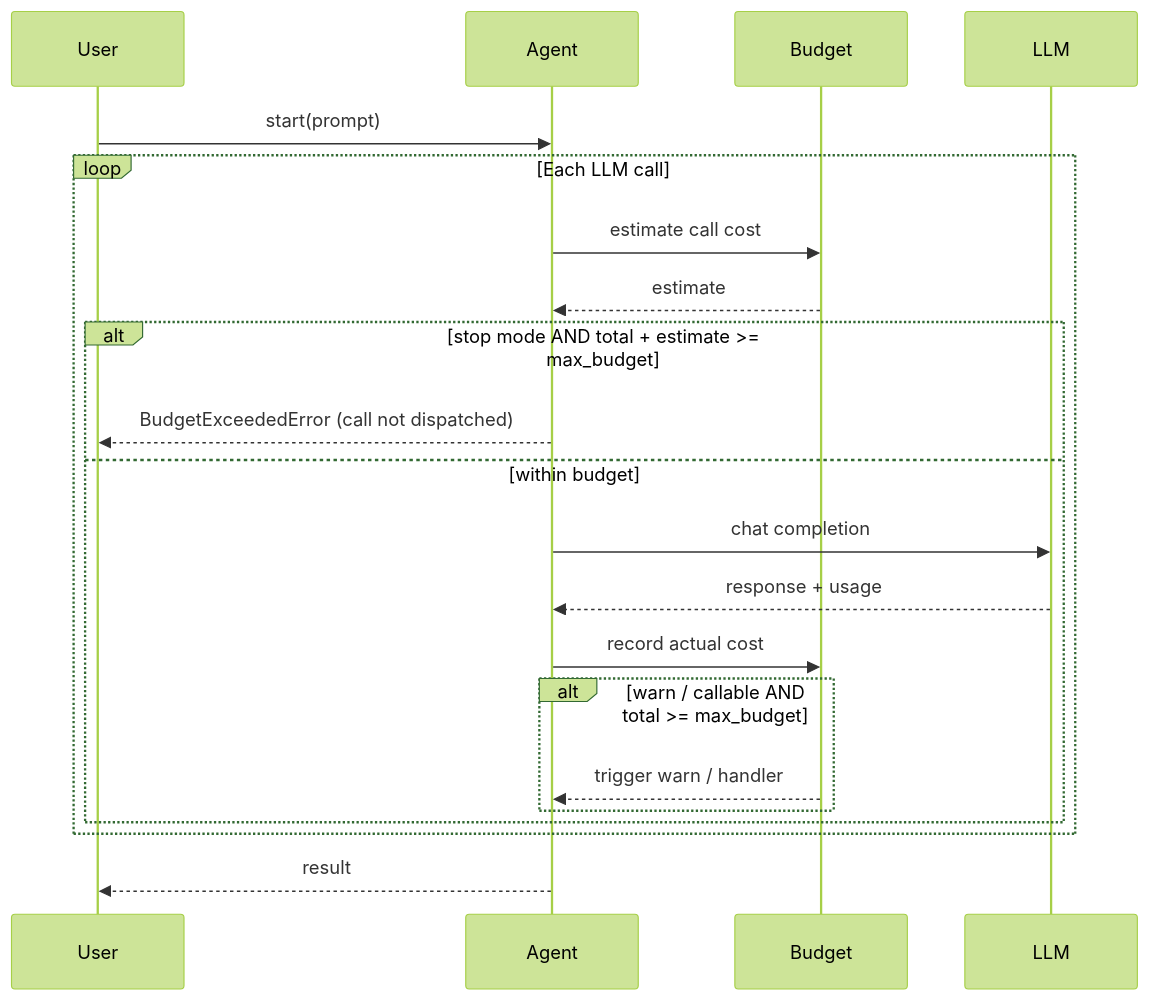
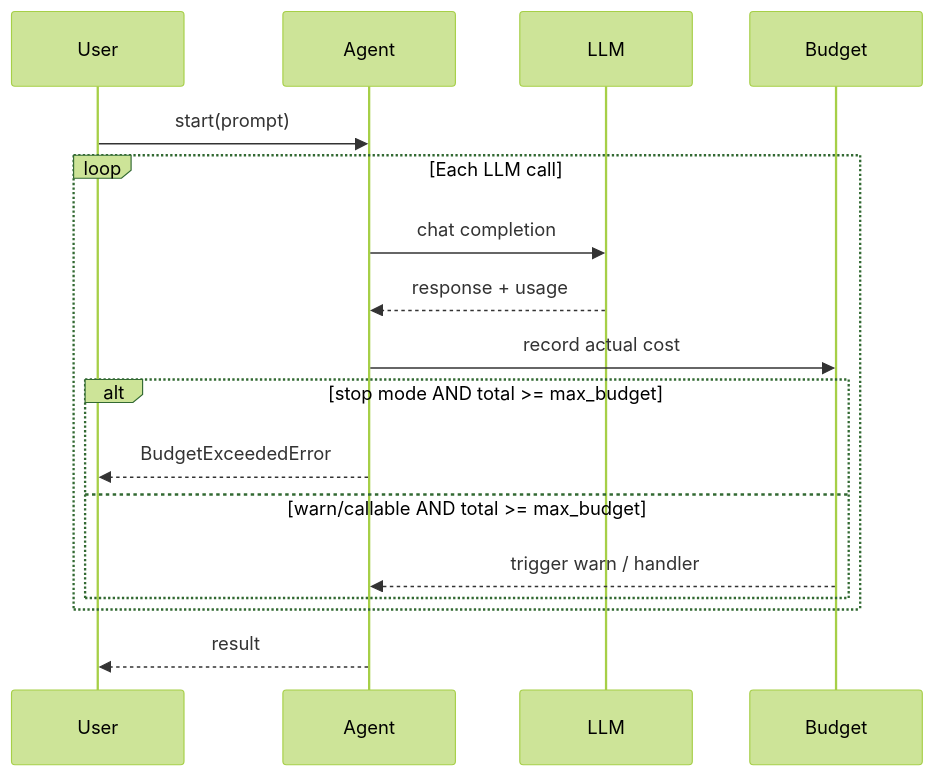
The second of 2 diagrams in docs/features/agent-max-budget.mdx (MervinPraison/PraisonAIDocs), drawn with Mermaid (forest theme) before and after one commit. The commit also changed other lines of this file and 3 other files, not shown here.

First line of the commit message:
docs: fix budget enforcement docs to reflect post-call SDK behavior (fixes #928)

````diff
--- a/docs/features/agent-max-budget.mdx
+++ b/docs/features/agent-max-budget.mdx
@@ -121,24 +121,20 @@
 ```mermaid
 sequenceDiagram
     participant User
     participant Agent
+    participant LLM
     participant Budget
-    participant LLM
 
     User->>Agent: start(prompt)
     loop Each LLM call
-        Agent->>Budget: estimate call cost
-        Budget-->>Agent: estimate
-        alt stop mode AND total + estimate >= max_budget
-            Agent-->>User: BudgetExceededError (call not dispatched)
-        else within budget
-            Agent->>LLM: chat completion
-            LLM-->>Agent: response + usage
-            Agent->>Budget: record actual cost
-            alt warn / callable AND total >= max_budget
-                Budget-->>Agent: trigger warn / handler
-            end
+        Agent->>LLM: chat completion
+        LLM-->>Agent: response + usage
+        Agent->>Budget: record actual cost
+        alt stop mode AND total >= max_budget
+            Agent-->>User: BudgetExceededError
+        else warn/callable AND total >= max_budget
+            Budget-->>Agent: trigger warn / handler
         end
     end
     Agent-->>User: result
 ```
````
